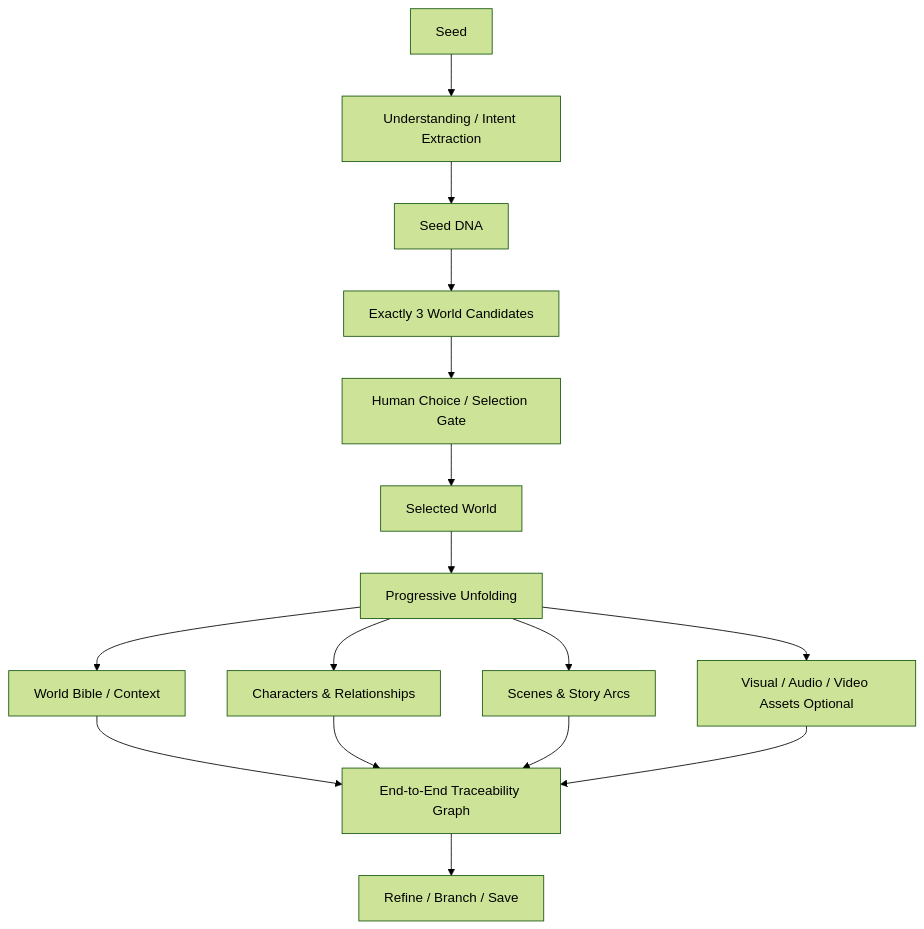
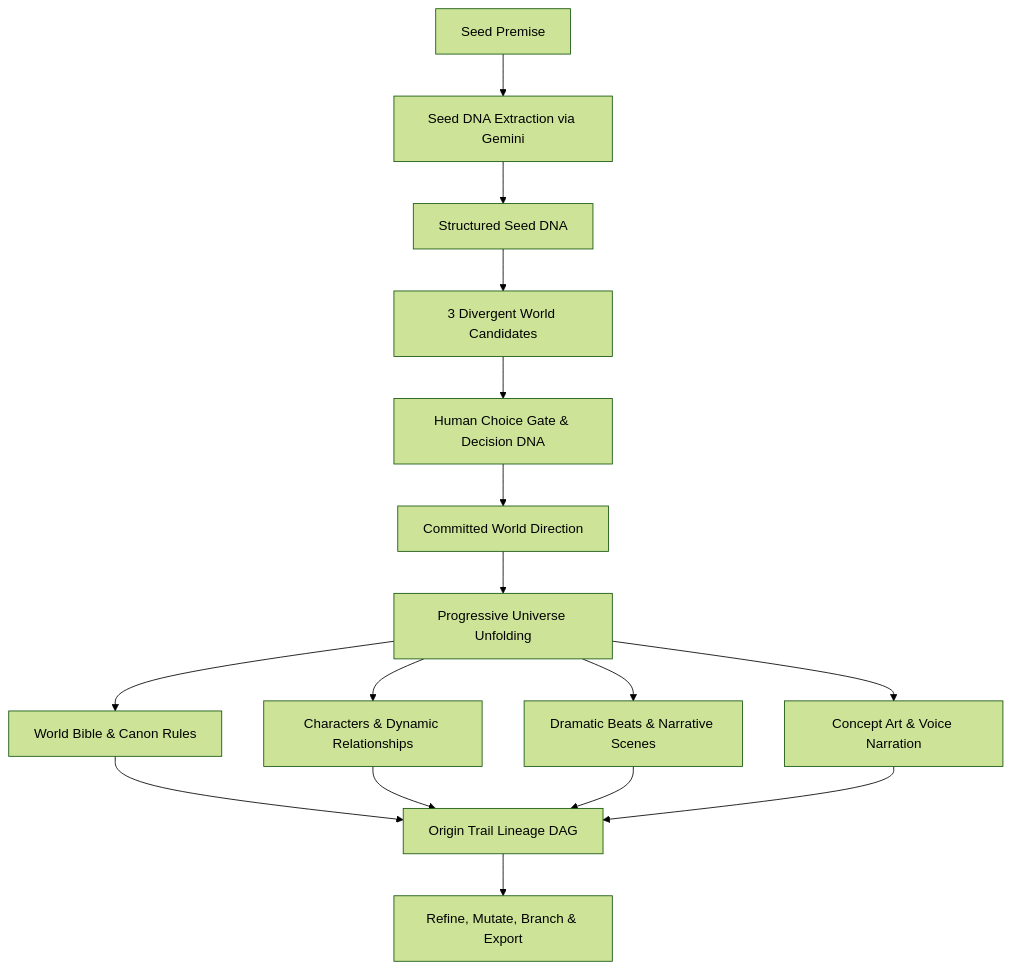
One commit to syed-imadulla/Praroha changed the diagram in docs/product/README.md. Above: the diagram before and after it, drawn with Mermaid (forest theme). The commit also changed other lines of this file and 15 other files, not shown here.

````diff
--- a/docs/product/README.md
+++ b/docs/product/README.md
@@ -9,18 +28,18 @@
 ```mermaid
 flowchart TD
-    A[Seed] --> B[Understanding / Intent Extraction]
-    B --> C[Seed DNA]
-    C --> D[Exactly 3 World Candidates]
-    D --> E[Human Choice / Selection Gate]
-    E --> F[Selected World]
-    F --> G[Progressive Unfolding]
-    G --> H[World Bible / Context]
-    G --> I[Characters & Relationships]
-    G --> J[Scenes & Story Arcs]
-    G --> K[Visual / Audio / Video Assets Optional]
-    H --> L[End-to-End Traceability Graph]
+    A[Seed Premise] --> B[Seed DNA Extraction via Gemini]
+    B --> C[Structured Seed DNA]
+    C --> D[3 Divergent World Candidates]
+    D --> E[Human Choice Gate & Decision DNA]
+    E --> F[Committed World Direction]
+    F --> G[Progressive Universe Unfolding]
+    G --> H[World Bible & Canon Rules]
+    G --> I[Characters & Dynamic Relationships]
+    G --> J[Dramatic Beats & Narrative Scenes]
+    G --> K[Concept Art & Voice Narration]
+    H --> L[Origin Trail Lineage DAG]
     I --> L
     J --> L
     K --> L
-    L --> M[Refine / Branch / Save]
+    L --> M[Refine, Mutate, Branch & Export]
 ```
````
